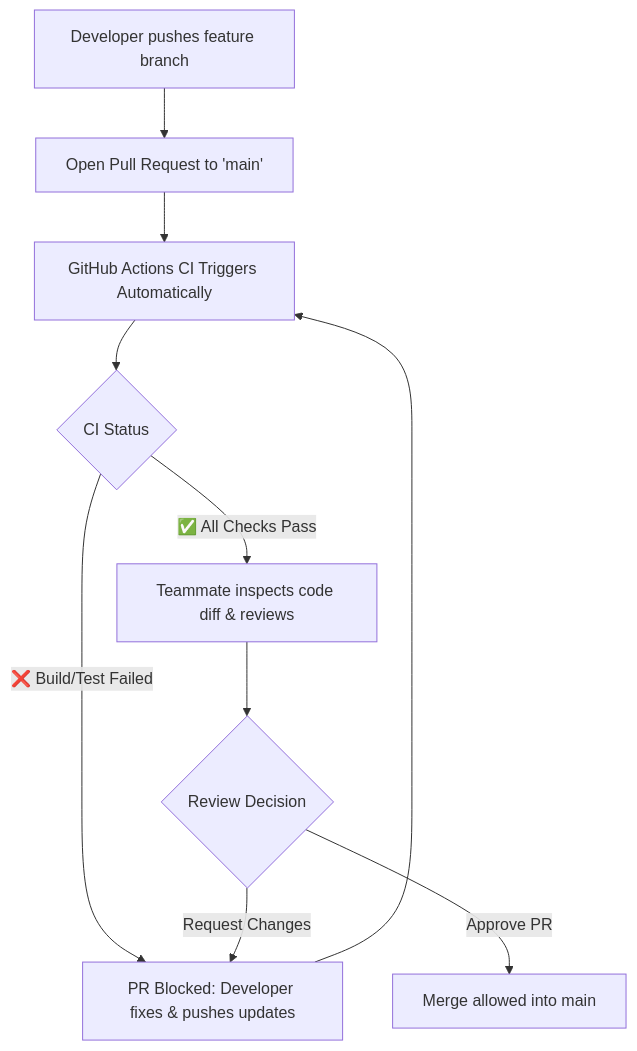
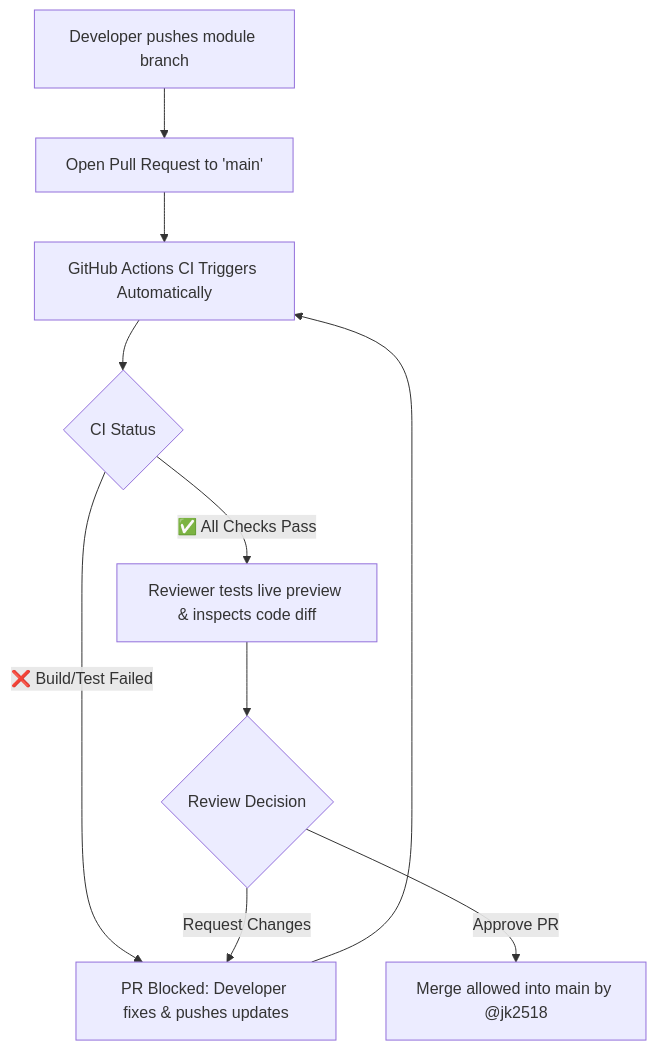
Before and after one commit to Jasleen2401/PerforMaxDemoTJ: the diagram in docs/GIT_WORKFLOW.md, drawn with Mermaid. The commit also changed other lines of this file and 1 other file, not shown here.

````diff
--- a/docs/GIT_WORKFLOW.md
+++ b/docs/GIT_WORKFLOW.md
@@ -92,12 +108,12 @@
 ```mermaid
 flowchart TD
-    A["Developer pushes feature branch"] --> B["Open Pull Request to 'main'"]
+    A["Developer pushes module branch"] --> B["Open Pull Request to 'main'"]
     B --> C["GitHub Actions CI Triggers Automatically"]
     C --> D{"CI Status"}
     D -- "❌ Build/Test Failed" --> E["PR Blocked: Developer fixes & pushes updates"]
     E --> C
-    D -- "✅ All Checks Pass" --> F["Teammate inspects code diff & reviews"]
+    D -- "✅ All Checks Pass" --> F["Reviewer tests live preview & inspects code diff"]
     F --> G{"Review Decision"}
     G -- "Request Changes" --> E
-    G -- "Approve PR" --> H["Merge allowed into main"]
+    G -- "Approve PR" --> H["Merge allowed into main by @jk2518"]
 ```
````
